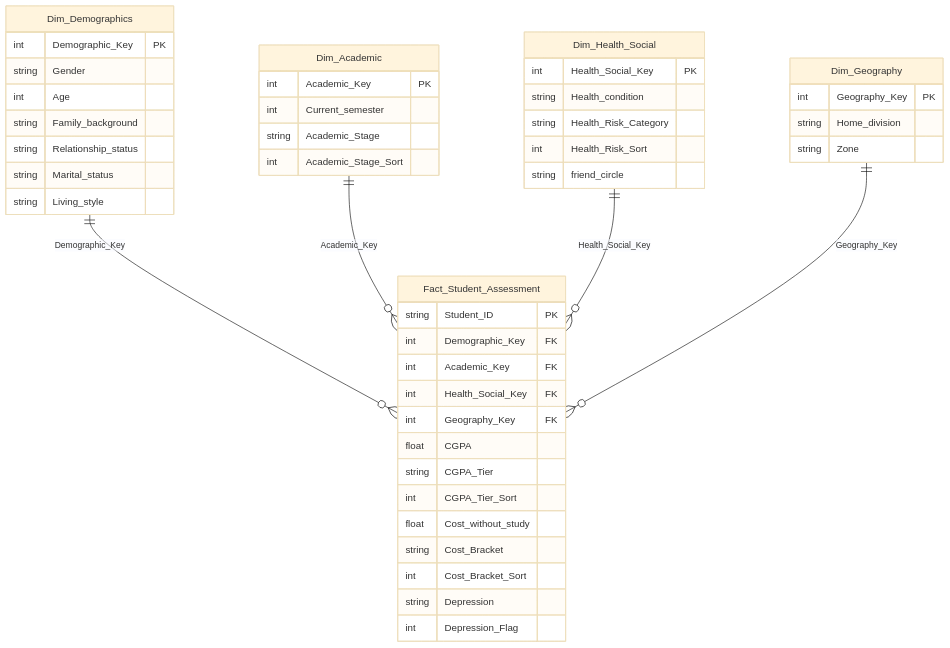
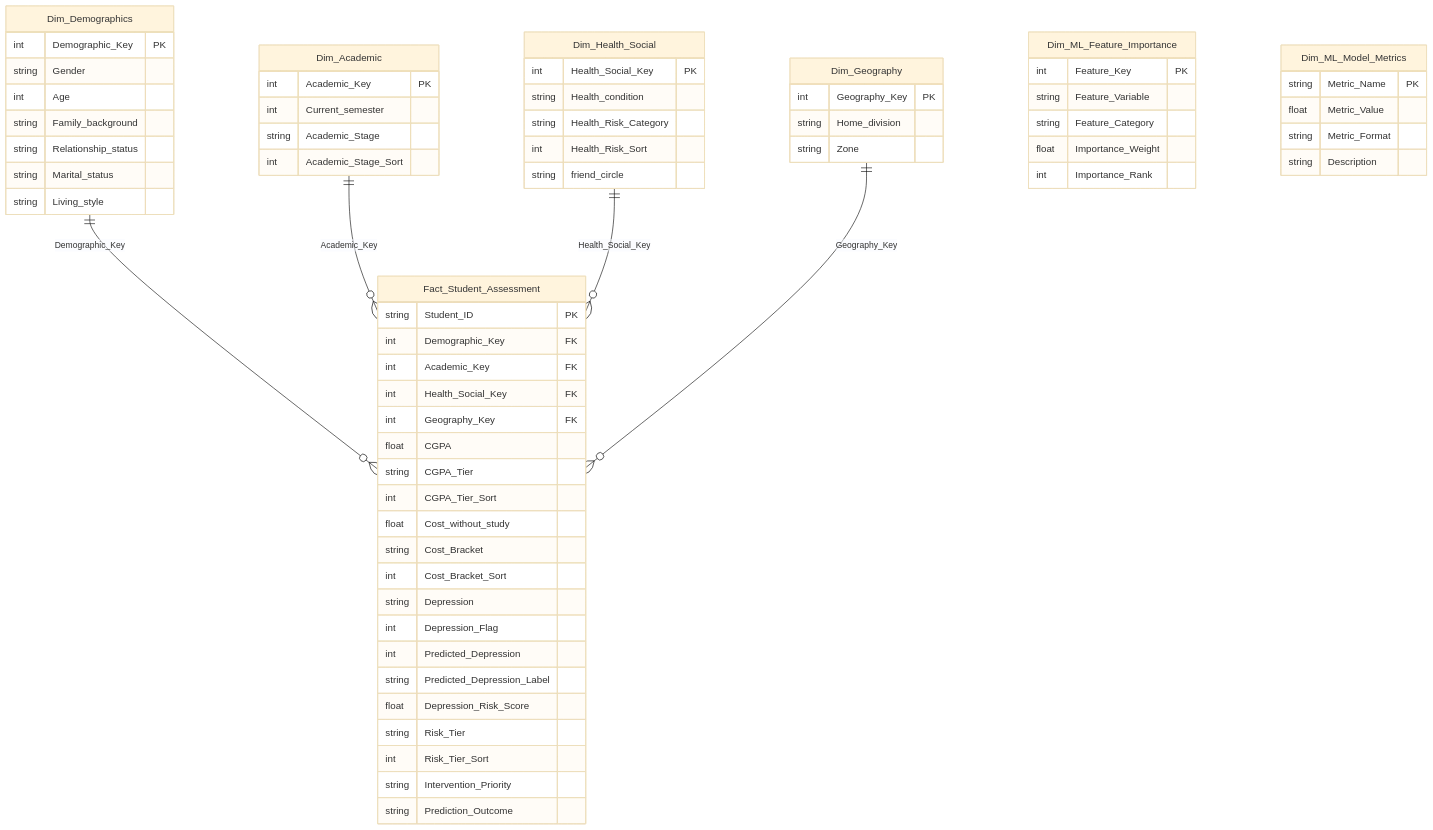
The diagram in Project-01_Student_Depression_Analysis/power_bi/data_model_architecture.md (kishorprajapati1/Student-Depression-Detection), drawn with Mermaid (base theme) before and after one commit. The commit also changed other lines of this file and 14 other files, not shown here.

Commit message:
feat: integrate Machine Learning predictive risk engine (Random Forest, 97.6% accuracy), scoring pipeline, feature importance, and test suite

````diff
--- a/Project-01_Student_Depression_Analysis/power_bi/data_model_architecture.md
+++ b/Project-01_Student_Depression_Analysis/power_bi/data_model_architecture.md
@@ -18,54 +18,76 @@
 ```mermaid
 erDiagram
     Dim_Demographics ||--o{ Fact_Student_Assessment : "Demographic_Key"
     Dim_Academic ||--o{ Fact_Student_Assessment : "Academic_Key"
     Dim_Health_Social ||--o{ Fact_Student_Assessment : "Health_Social_Key"
     Dim_Geography ||--o{ Fact_Student_Assessment : "Geography_Key"
 
     Fact_Student_Assessment {
         string Student_ID PK
         int Demographic_Key FK
         int Academic_Key FK
         int Health_Social_Key FK
         int Geography_Key FK
         float CGPA
         string CGPA_Tier
         int CGPA_Tier_Sort
         float Cost_without_study
         string Cost_Bracket
         int Cost_Bracket_Sort
         string Depression
         int Depression_Flag
+        int Predicted_Depression
+        string Predicted_Depression_Label
+        float Depression_Risk_Score
+        string Risk_Tier
+        int Risk_Tier_Sort
+        string Intervention_Priority
+        string Prediction_Outcome
     }
 
     Dim_Demographics {
         int Demographic_Key PK
         string Gender
         int Age
         string Family_background
         string Relationship_status
         string Marital_status
         string Living_style
     }
 
     Dim_Academic {
         int Academic_Key PK
         int Current_semester
         string Academic_Stage
         int Academic_Stage_Sort
     }
 
     Dim_Health_Social {
         int Health_Social_Key PK
         string Health_condition
         string Health_Risk_Category
         int Health_Risk_Sort
         string friend_circle
     }
 
     Dim_Geography {
         int Geography_Key PK
         string Home_division
         string Zone
     }
+
+    Dim_ML_Feature_Importance {
+        int Feature_Key PK
+        string Feature_Variable
+        string Feature_Category
+        float Importance_Weight
+        int Importance_Rank
+    }
+
+    Dim_ML_Model_Metrics {
+        string Metric_Name PK
+        float Metric_Value
+        string Metric_Format
+        string Description
+    }
 ```
````
